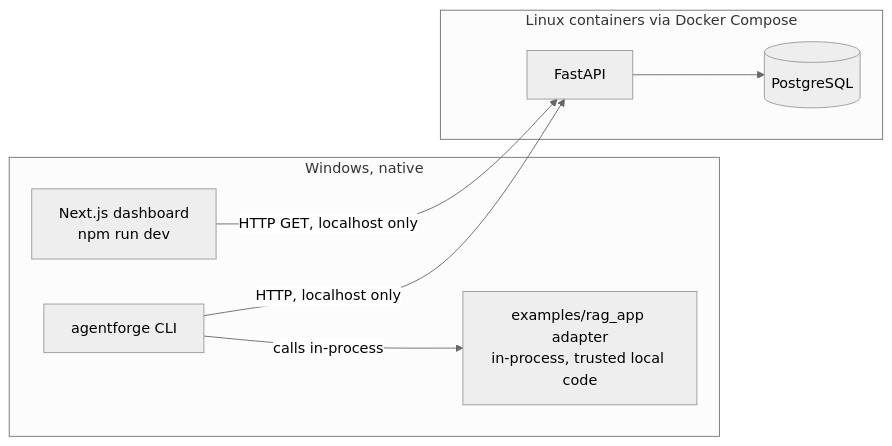
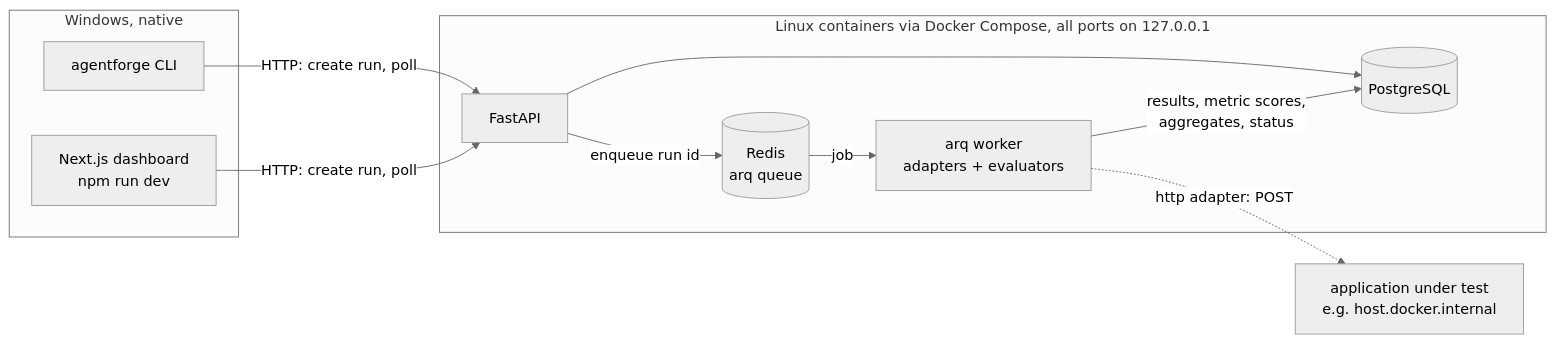
One commit to roshano3o3/agentforge changed the first of 2 diagrams in docs/architecture.md. Above: the diagram before and after it, drawn with Mermaid (neutral theme). The commit also changed other lines of this file and 78 other files, not shown here.

````diff
--- a/docs/architecture.md
+++ b/docs/architecture.md
@@ -8,18 +8,22 @@
 ```mermaid
 flowchart LR
     subgraph Windows_host [Windows, native]
         CLI[agentforge CLI]
-        RAG[examples/rag_app adapter\nin-process, trusted local code]
         WEB[Next.js dashboard\nnpm run dev]
-        CLI -->|calls in-process| RAG
     end
 
-    subgraph Linux_containers [Linux containers via Docker Compose]
+    subgraph Linux_containers [Linux containers via Docker Compose, all ports on 127.0.0.1]
         API[FastAPI]
         PG[(PostgreSQL)]
+        REDIS[(Redis\narq queue)]
+        WORKER[arq worker\nadapters + evaluators]
         API --> PG
+        API -->|enqueue run id| REDIS
+        REDIS -->|job| WORKER
+        WORKER -->|results, metric scores,\naggregates, status| PG
     end
 
-    CLI -->|HTTP, localhost only| API
-    WEB -->|HTTP GET, localhost only| API
+    CLI -->|HTTP: create run, poll| API
+    WEB -->|HTTP: create run, poll| API
+    WORKER -.->|http adapter: POST| EXT[application under test\ne.g. host.docker.internal]
 ```
````
